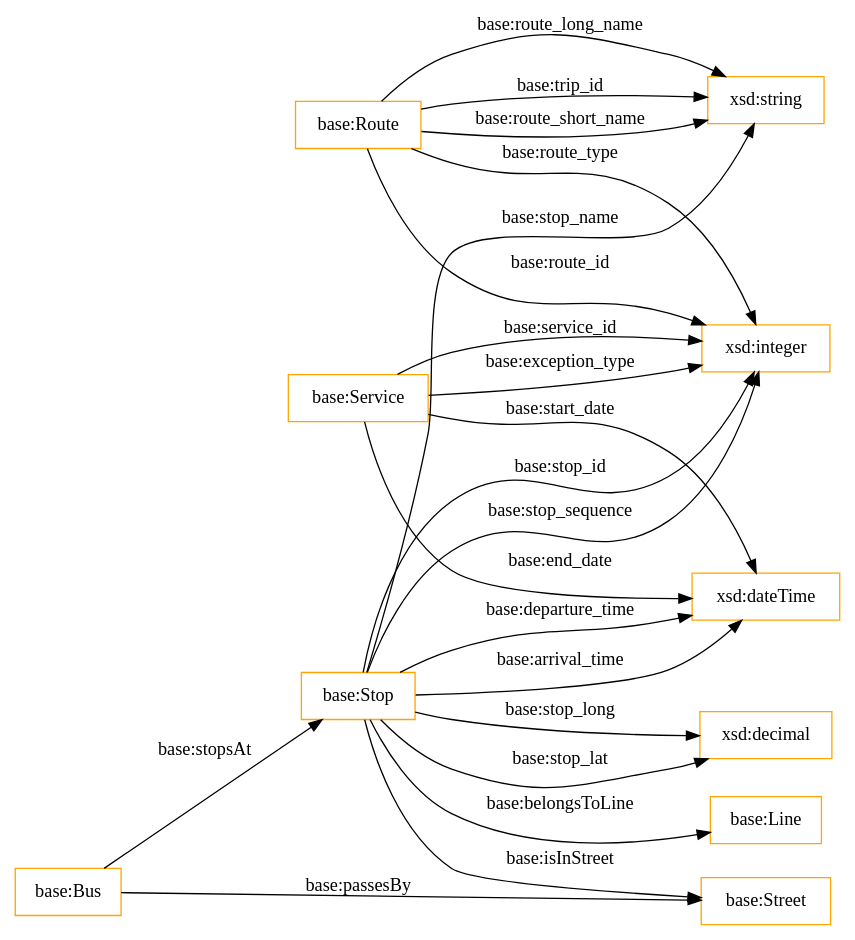
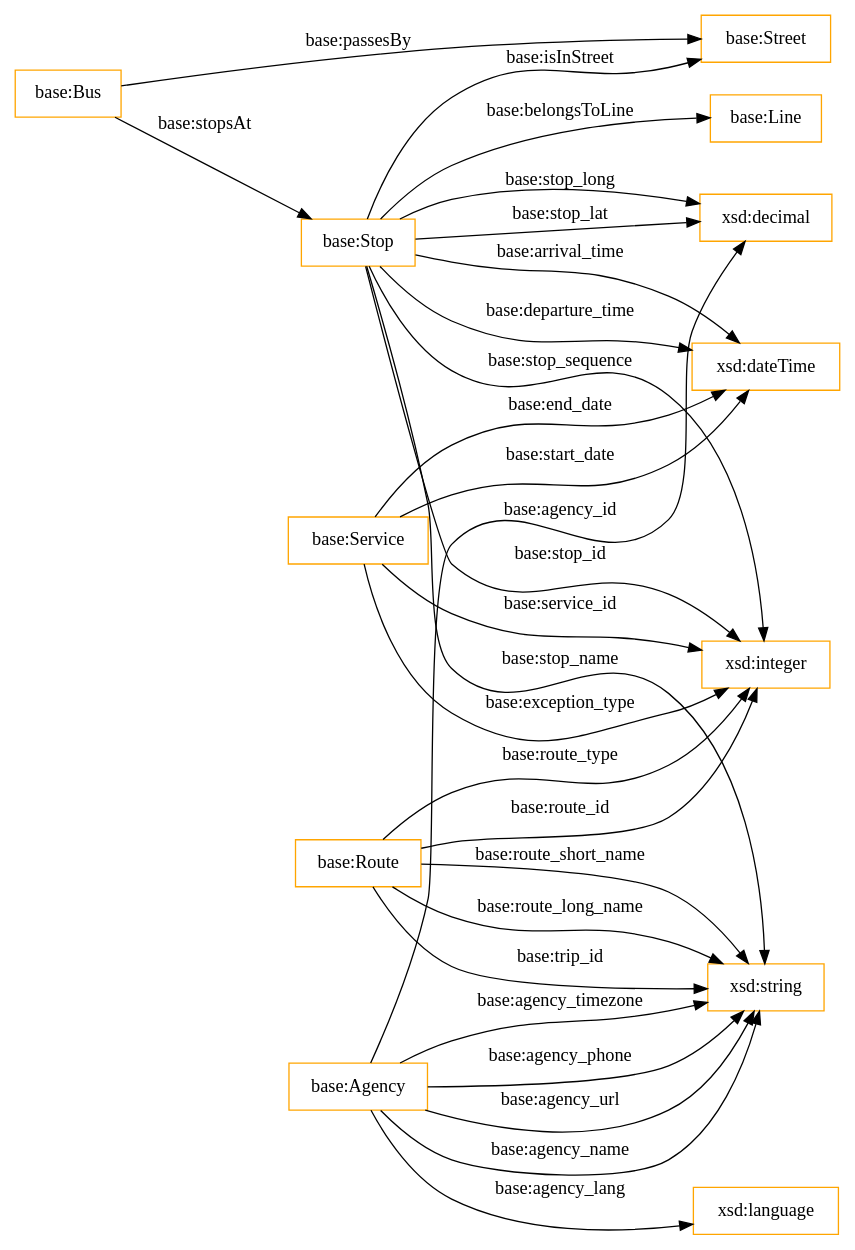
Before and after one commit to OnToologyUser/CursoJava: the diagram in OnToology/ontology.owl/diagrams/ar2dtool-class/ontology.owl.png.dot, drawn with Graphviz. The commit also changed 25 other files, not shown here.

```diff
--- a/OnToology/ontology.owl/diagrams/ar2dtool-class/ontology.owl.png.dot
+++ b/OnToology/ontology.owl/diagrams/ar2dtool-class/ontology.owl.png.dot
@@ -1,26 +1,32 @@
 digraph ar2dtool_diagram { 
 rankdir=LR;
 size="1501"
-node [shape = rectangle, color="orange"]; "base:Street" "base:Stop" "base:Service" "base:Route" "base:Line" "base:Bus" ; /*classes style*/
-	"base:Route" -> "xsd:string" [ label = "base:route_long_name" ];
+node [shape = rectangle, color="orange"]; "base:Street" "base:Stop" "base:Service" "base:Route" "base:Line" "base:Bus" "base:Agency" ; /*classes style*/
 	"base:Stop" -> "xsd:dateTime" [ label = "base:arrival_time" ];
-	"base:Stop" -> "base:Line" [ label = "base:belongsToLine" ];
+	"base:Agency" -> "xsd:string" [ label = "base:agency_name" ];
 	"base:Stop" -> "xsd:decimal" [ label = "base:stop_lat" ];
-	"base:Stop" -> "xsd:integer" [ label = "base:stop_sequence" ];
 	"base:Service" -> "xsd:dateTime" [ label = "base:start_date" ];
 	"base:Stop" -> "base:Street" [ label = "base:isInStreet" ];
+	"base:Stop" -> "xsd:string" [ label = "base:stop_name" ];
+	"base:Route" -> "xsd:string" [ label = "base:route_short_name" ];
+	"base:Service" -> "xsd:integer" [ label = "base:service_id" ];
+	"base:Agency" -> "xsd:language" [ label = "base:agency_lang" ];
+	"base:Agency" -> "xsd:string" [ label = "base:agency_timezone" ];
+	"base:Route" -> "xsd:string" [ label = "base:route_long_name" ];
+	"base:Stop" -> "base:Line" [ label = "base:belongsToLine" ];
+	"base:Agency" -> "xsd:string" [ label = "base:agency_phone" ];
+	"base:Stop" -> "xsd:integer" [ label = "base:stop_sequence" ];
 	"base:Service" -> "xsd:integer" [ label = "base:exception_type" ];
 	"base:Route" -> "xsd:string" [ label = "base:trip_id" ];
-	"base:Stop" -> "xsd:string" [ label = "base:stop_name" ];
 	"base:Stop" -> "xsd:dateTime" [ label = "base:departure_time" ];
-	"base:Route" -> "xsd:string" [ label = "base:route_short_name" ];
+	"base:Service" -> "xsd:dateTime" [ label = "base:end_date" ];
 	"base:Route" -> "xsd:integer" [ label = "base:route_type" ];
-	"base:Service" -> "xsd:dateTime" [ label = "base:end_date" ];
-	"base:Service" -> "xsd:integer" [ label = "base:service_id" ];
+	"base:Agency" -> "xsd:string" [ label = "base:agency_url" ];
 	"base:Bus" -> "base:Stop" [ label = "base:stopsAt" ];
 	"base:Stop" -> "xsd:decimal" [ label = "base:stop_long" ];
+	"base:Agency" -> "xsd:decimal" [ label = "base:agency_id" ];
 	"base:Stop" -> "xsd:integer" [ label = "base:stop_id" ];
 	"base:Bus" -> "base:Street" [ label = "base:passesBy" ];
 	"base:Route" -> "xsd:integer" [ label = "base:route_id" ];
 
 }
```
